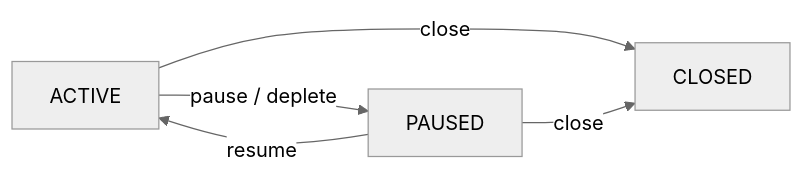
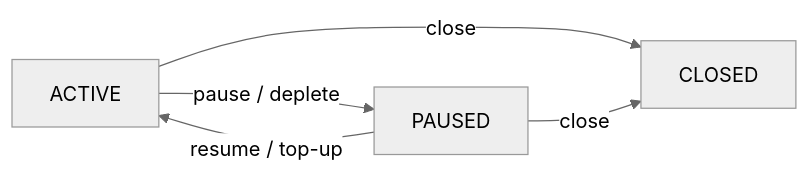
The diagram in vac/raw/payment-streams.md (vacp2p/rfc-index), drawn with Mermaid (neutral theme) before and after one commit. The commit also changed other lines of this file, not shown here.

Commit message:
auto-resume stream on top-up

````diff
--- a/vac/raw/payment-streams.md
+++ b/vac/raw/payment-streams.md
@@ -162,7 +164,7 @@
 ```mermaid
 graph LR;
     ACTIVE -->|pause / deplete| PAUSED;
-    PAUSED -->|resume| ACTIVE;
+    PAUSED -->|resume / top-up| ACTIVE;
     ACTIVE -->|close| CLOSED;
     PAUSED -->|close| CLOSED;
 ```
````
